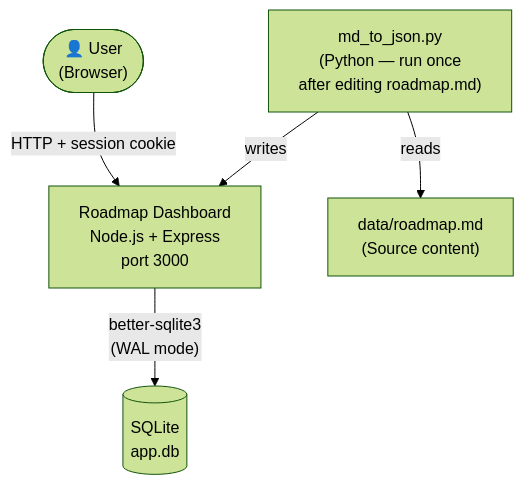
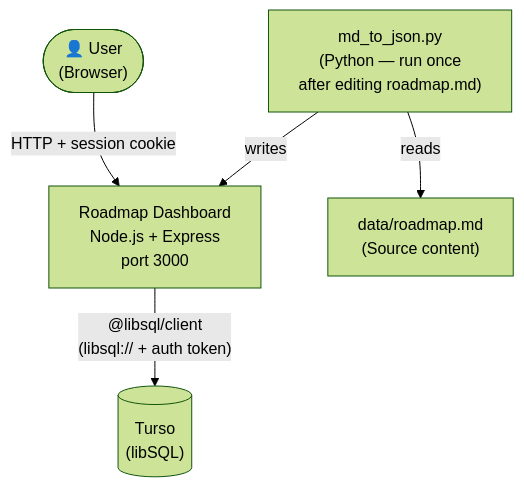
One commit to imkushwaha/roadmap-tracker-app changed the first of 7 diagrams in README.md. Above: the diagram before and after it, drawn with Mermaid (forest theme). The commit also changed other lines of this file and 20 other files, not shown here.

Commit message:
Migrate database from better-sqlite3 to Turso (libSQL)

````diff
--- a/README.md
+++ b/README.md
@@ -194,13 +198,13 @@
 ```mermaid
 graph TB
     User(["👤 User\n(Browser)"])
     Server["Roadmap Dashboard\nNode.js + Express\nport 3000"]
-    DB[("SQLite\napp.db")]
+    DB[("Turso\n(libSQL)")]
     Script["md_to_json.py\n(Python — run once\nafter editing roadmap.md)"]
     MD["data/roadmap.md\n(Source content)"]
 
     User -- "HTTP + session cookie" --> Server
-    Server -- "better-sqlite3\n(WAL mode)" --> DB
+    Server -- "@libsql/client\n(libsql:// + auth token)" --> DB
     Script -- "reads" --> MD
     Script -- "writes" --> Server
 ```
````
